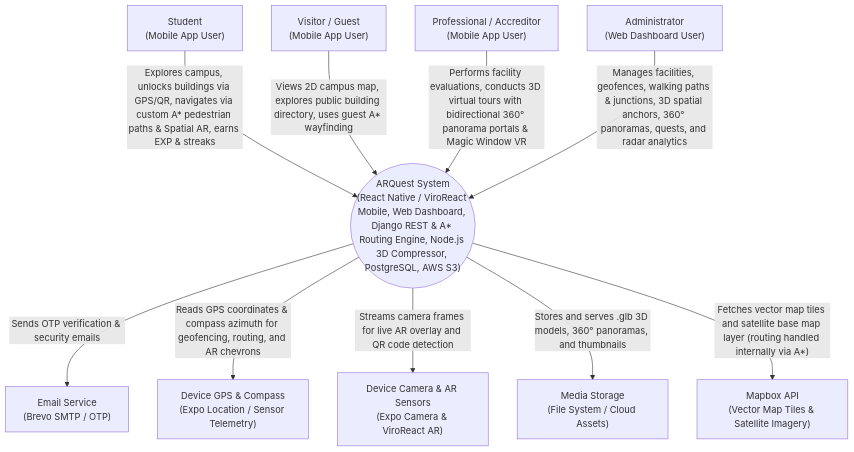
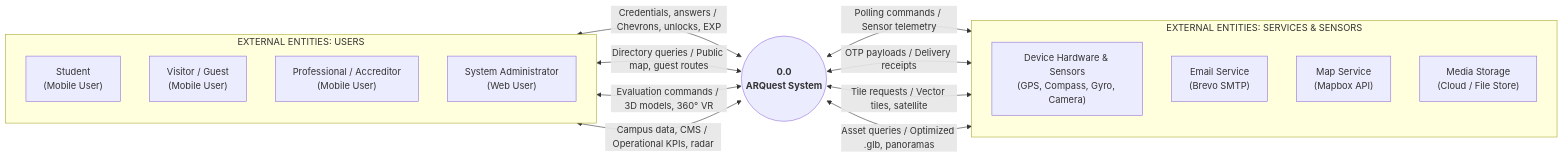
One commit to Cipher-Syntax/ARQuest changed the diagram in context-diagram.md. Above: the diagram before and after it, drawn with Mermaid. The commit also changed other lines of this file and 8 other files, not shown here.

Commit message:
Updated: documentation + diagrams

````diff
--- a/context-diagram.md
+++ b/context-diagram.md
@@ -11,37 +14,32 @@
 ```mermaid
-graph TD
-    %% Actors
-    Student["Student<br/>(Mobile App User)"]
-    Visitor["Visitor / Guest<br/>(Mobile App User)"]
-    Prof["Professional / Accreditor<br/>(Mobile App User)"]
-    Admin["Administrator<br/>(Web Dashboard User)"]
+flowchart LR
+    subgraph ACTORS ["EXTERNAL ENTITIES: USERS"]
+        direction TB
+        Student["Student<br/>(Mobile User)"]
+        Visitor["Visitor / Guest<br/>(Mobile User)"]
+        Prof["Professional / Accreditor<br/>(Mobile User)"]
+        Admin["System Administrator<br/>(Web User)"]
+    end
 
-    %% Core System
-    ARQuest(("ARQuest System<br/>(React Native / ViroReact Mobile, Web Dashboard, Django REST & A* Routing Engine, Node.js 3D Compressor, PostgreSQL, AWS S3)"))
+    ARQuest(("<b>0.0</b><br/><b>ARQuest System</b>"))
 
-    %% External Systems & Device Services
-    EmailSvc["Email Service<br/>(Brevo SMTP / OTP)"]
-    GPSSvc["Device GPS & Compass<br/>(Expo Location / Sensor Telemetry)"]
-    CamSvc["Device Camera & AR Sensors<br/>(Expo Camera & ViroReact AR)"]
-    MediaSvc["Media Storage<br/>(File System / Cloud Assets)"]
-    MapsSvc["Mapbox API<br/>(Vector Map Tiles & Satellite Imagery)"]
+    subgraph SERVICES ["EXTERNAL ENTITIES: SERVICES & SENSORS"]
+        direction TB
+        Sensors["Device Hardware & Sensors<br/>(GPS, Compass, Gyro, Camera)"]
+        EmailSvc["Email Service<br/>(Brevo SMTP)"]
+        MapsSvc["Map Service<br/>(Mapbox API)"]
+        MediaSvc["Media Storage<br/>(Cloud / File Store)"]
+    end
 
-    %% Student Interactions
-    Student -- "Explores campus, unlocks buildings via GPS/QR, navigates via custom A* pedestrian paths & Spatial AR, earns EXP & streaks" --> ARQuest
-    
-    %% Visitor Interactions
-    Visitor -- "Views 2D campus map, explores public building directory, uses guest A* wayfinding" --> ARQuest
-    
-    %% Professional Interactions
-    Prof -- "Performs facility evaluations, conducts 3D virtual tours with bidirectional 360° panorama portals & Magic Window VR" --> ARQuest
-    
-    %% Admin Interactions
-    Admin -- "Manages facilities, geofences, walking paths & junctions, 3D spatial anchors, 360° panoramas, quests, and radar analytics" --> ARQuest
+    %% User Data Flows (Left to Center)
+    Student <-->|"Credentials, answers / Chevrons, unlocks, EXP"| ARQuest
+    Visitor <-->|"Directory queries / Public map, guest routes"| ARQuest
+    Prof <-->|"Evaluation commands / 3D models, 360° VR"| ARQuest
+    Admin <-->|"Campus data, CMS / Operational KPIs, radar"| ARQuest
 
-    %% System to External Interactions
-    ARQuest -- "Sends OTP verification & security emails" --> EmailSvc
-    ARQuest -- "Reads GPS coordinates & compass azimuth for geofencing, routing, and AR chevrons" --> GPSSvc
-    ARQuest -- "Streams camera frames for live AR overlay and QR code detection" --> CamSvc
-    ARQuest -- "Stores and serves .glb 3D models, 360° panoramas, and thumbnails" --> MediaSvc
-    ARQuest -- "Fetches vector map tiles and satellite base map layer (routing handled internally via A*)" --> MapsSvc
+    %% Service & Hardware Data Flows (Center to Right)
+    ARQuest <-->|"Polling commands / Sensor telemetry"| Sensors
+    ARQuest <-->|"OTP payloads / Delivery receipts"| EmailSvc
+    ARQuest <-->|"Tile requests / Vector tiles, satellite"| MapsSvc
+    ARQuest <-->|"Asset queries / Optimized .glb, panoramas"| MediaSvc
 ```
````
